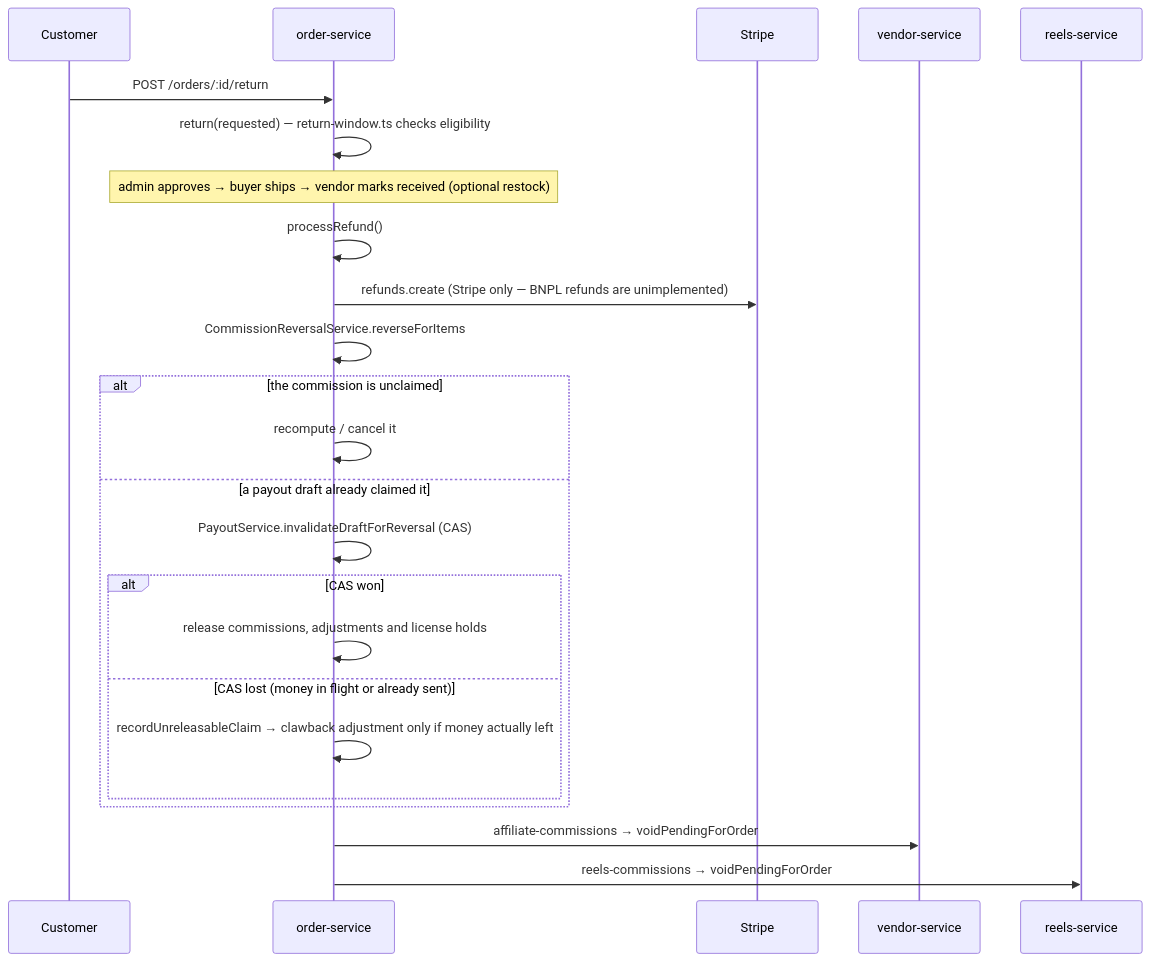
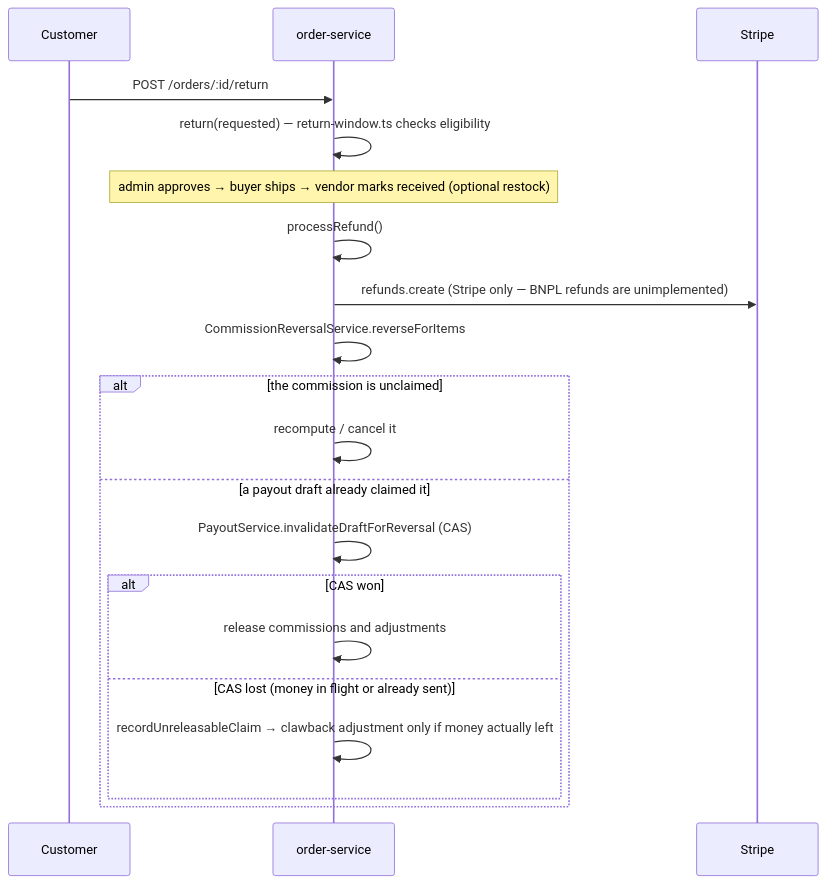
One commit to ismailfarisi/materialhub changed the eighth of 8 diagrams in docs/backend/16-cross-service-flows.md. Above: the diagram before and after it, drawn with Mermaid. The commit also changed other lines of this file and 107 other files, not shown here.

First line of the commit message:
Prune order-service, finish the schema and update the backend docs

````diff
--- a/docs/backend/16-cross-service-flows.md
+++ b/docs/backend/16-cross-service-flows.md
@@ -311,27 +236,23 @@
 ```mermaid
 sequenceDiagram
     participant C as Customer
     participant O as order-service
     participant ST as Stripe
-    participant V as vendor-service
-    participant R as reels-service
 
     C->>O: POST /orders/:id/return
     O->>O: return(requested) — return-window.ts checks eligibility
     Note over O: admin approves → buyer ships → vendor marks received (optional restock)
     O->>O: processRefund()
     O->>ST: refunds.create   (Stripe only — BNPL refunds are unimplemented)
     O->>O: CommissionReversalService.reverseForItems
     alt the commission is unclaimed
         O->>O: recompute / cancel it
     else a payout draft already claimed it
         O->>O: PayoutService.invalidateDraftForReversal (CAS)
         alt CAS won
-            O->>O: release commissions, adjustments and license holds
+            O->>O: release commissions and adjustments
         else CAS lost (money in flight or already sent)
             O->>O: recordUnreleasableClaim → clawback adjustment only if money actually left
         end
     end
-    O->>V: affiliate-commissions → voidPendingForOrder
-    O->>R: reels-commissions → voidPendingForOrder
 ```
````
